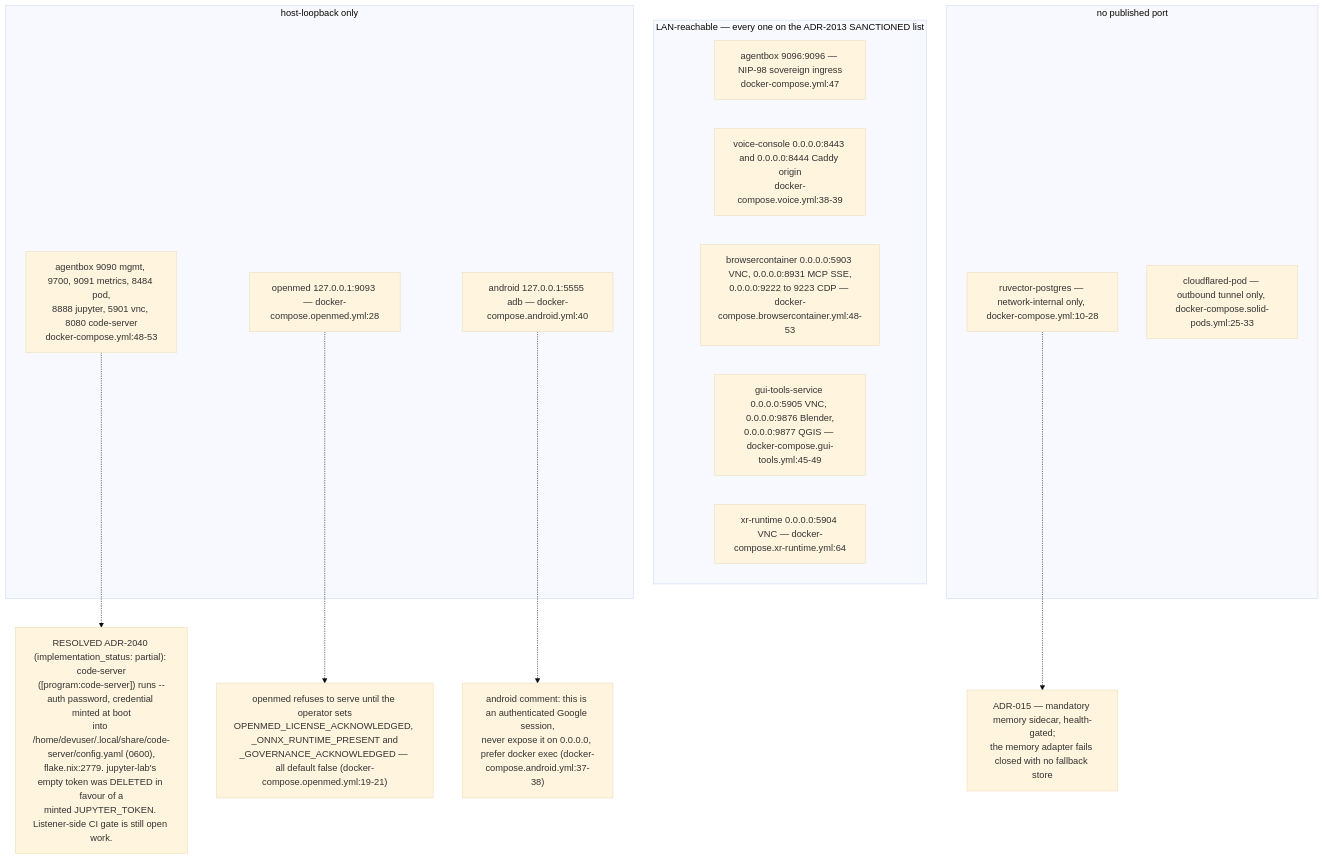
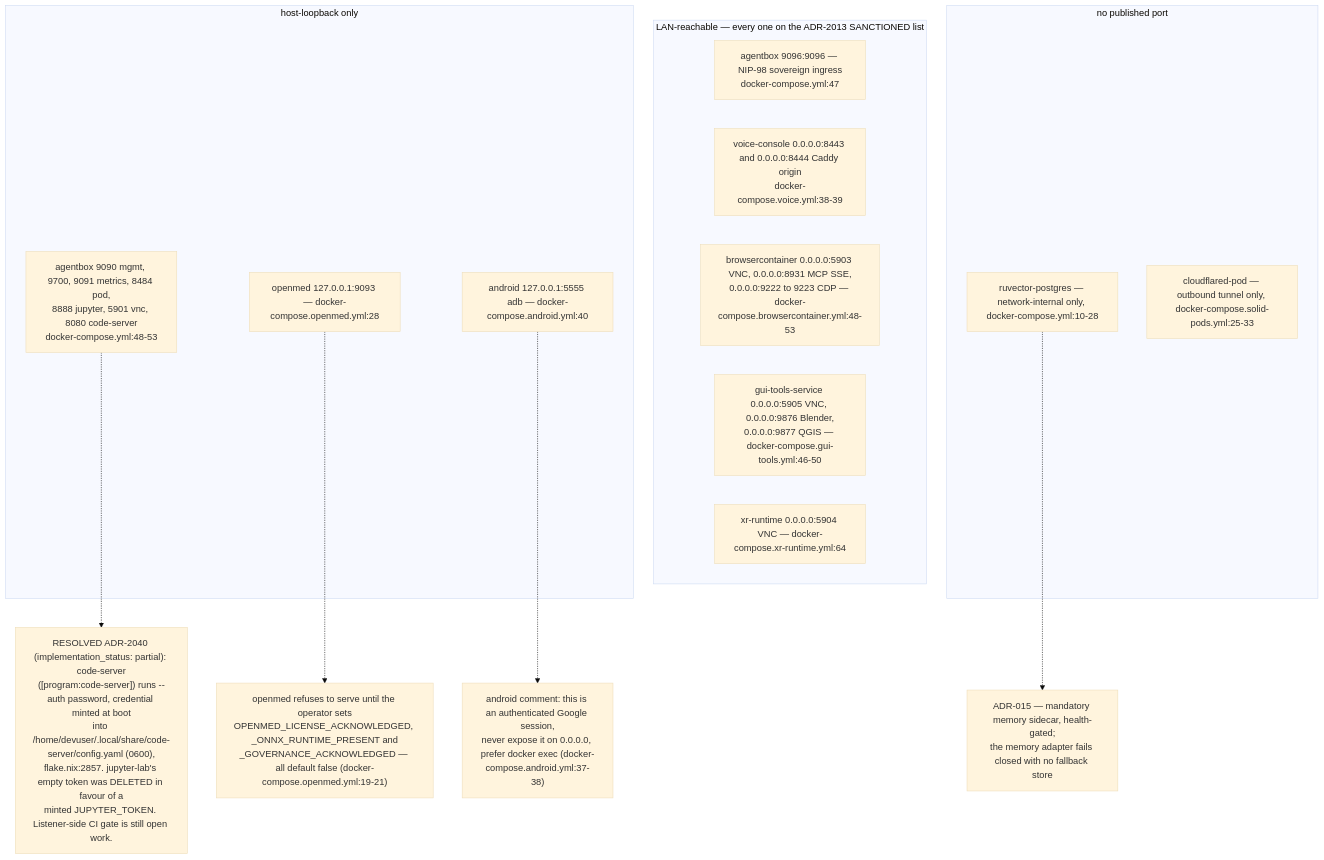
The seventh of 14 diagrams in docs/diagrams/agentbox/06-sidecars-and-compose-overlays.md (DreamLab-AI/VisionFlow), drawn with Mermaid (base theme) before and after one commit. The commit also changed other lines of this file and 160 other files, not shown here.

````diff
--- a/docs/diagrams/agentbox/06-sidecars-and-compose-overlays.md
+++ b/docs/diagrams/agentbox/06-sidecars-and-compose-overlays.md
@@ -219,23 +228,23 @@
 ```mermaid
 flowchart TB
     subgraph LANP["LAN-reachable — every one on the ADR-2013 SANCTIONED list"]
         P1["agentbox 9096:9096 — NIP-98 sovereign ingress<br/>docker-compose.yml:47"]
         P2["voice-console 0.0.0.0:8443 and 0.0.0.0:8444 Caddy origin<br/>docker-compose.voice.yml:38-39"]
         P3["browsercontainer 0.0.0.0:5903 VNC, 0.0.0.0:8931 MCP SSE,<br/>0.0.0.0:9222 to 9223 CDP — docker-compose.browsercontainer.yml:48-53"]
-        P4["gui-tools-service 0.0.0.0:5905 VNC, 0.0.0.0:9876 Blender,<br/>0.0.0.0:9877 QGIS — docker-compose.gui-tools.yml:45-49"]
+        P4["gui-tools-service 0.0.0.0:5905 VNC, 0.0.0.0:9876 Blender,<br/>0.0.0.0:9877 QGIS — docker-compose.gui-tools.yml:46-50"]
         P5["xr-runtime 0.0.0.0:5904 VNC — docker-compose.xr-runtime.yml:64"]
     end
     subgraph LOOP["host-loopback only"]
         Q1["agentbox 9090 mgmt, 9700, 9091 metrics, 8484 pod,<br/>8888 jupyter, 5901 vnc, 8080 code-server<br/>docker-compose.yml:48-53"]
         Q2["openmed 127.0.0.1:9093 — docker-compose.openmed.yml:28"]
         Q3["android 127.0.0.1:5555 adb — docker-compose.android.yml:40"]
     end
     subgraph NONE["no published port"]
         R1["ruvector-postgres — network-internal only, docker-compose.yml:10-28"]
         R2["cloudflared-pod — outbound tunnel only, docker-compose.solid-pods.yml:25-33"]
     end
     Q3 -.-> AND["android comment: this is an authenticated Google session,<br/>never expose it on 0.0.0.0, prefer docker exec (docker-compose.android.yml:37-38)"]
     Q2 -.-> OM["openmed refuses to serve until the operator sets<br/>OPENMED_LICENSE_ACKNOWLEDGED, _ONNX_RUNTIME_PRESENT and<br/>_GOVERNANCE_ACKNOWLEDGED — all default false (docker-compose.openmed.yml:19-21)"]
-    Q1 -.-> CSR["RESOLVED ADR-2040 (implementation_status: partial): code-server<br/>([program:code-server]) runs --auth password, credential minted at boot<br/>into /home/devuser/.local/share/code-server/config.yaml (0600),<br/>flake.nix:2779. jupyter-lab's empty token was DELETED in favour of a<br/>minted JUPYTER_TOKEN. Listener-side CI gate is still open work."]
+    Q1 -.-> CSR["RESOLVED ADR-2040 (implementation_status: partial): code-server<br/>([program:code-server]) runs --auth password, credential minted at boot<br/>into /home/devuser/.local/share/code-server/config.yaml (0600),<br/>flake.nix:2857. jupyter-lab's empty token was DELETED in favour of a<br/>minted JUPYTER_TOKEN. Listener-side CI gate is still open work."]
     R1 -.-> PGN["ADR-015 — mandatory memory sidecar, health-gated;<br/>the memory adapter fails closed with no fallback store"]
 ```
````
